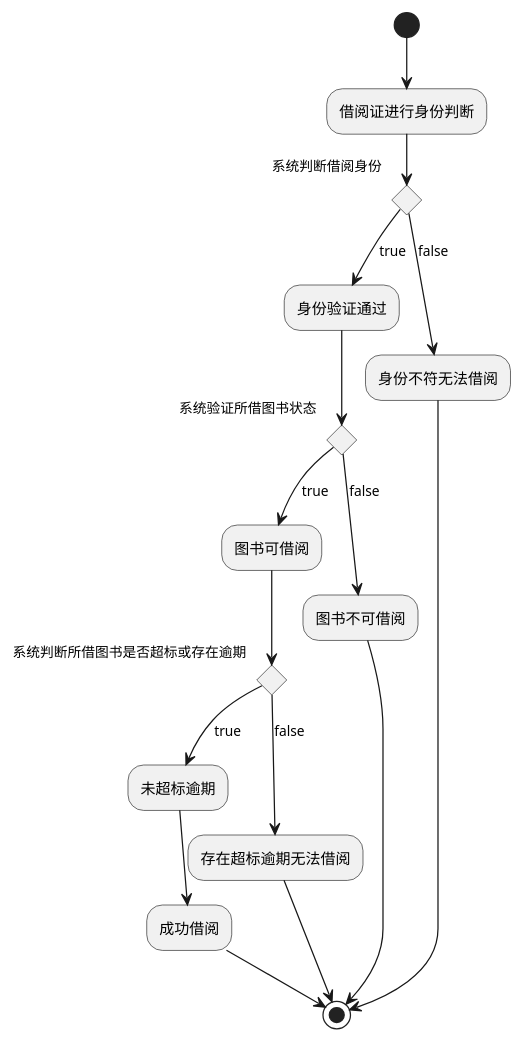
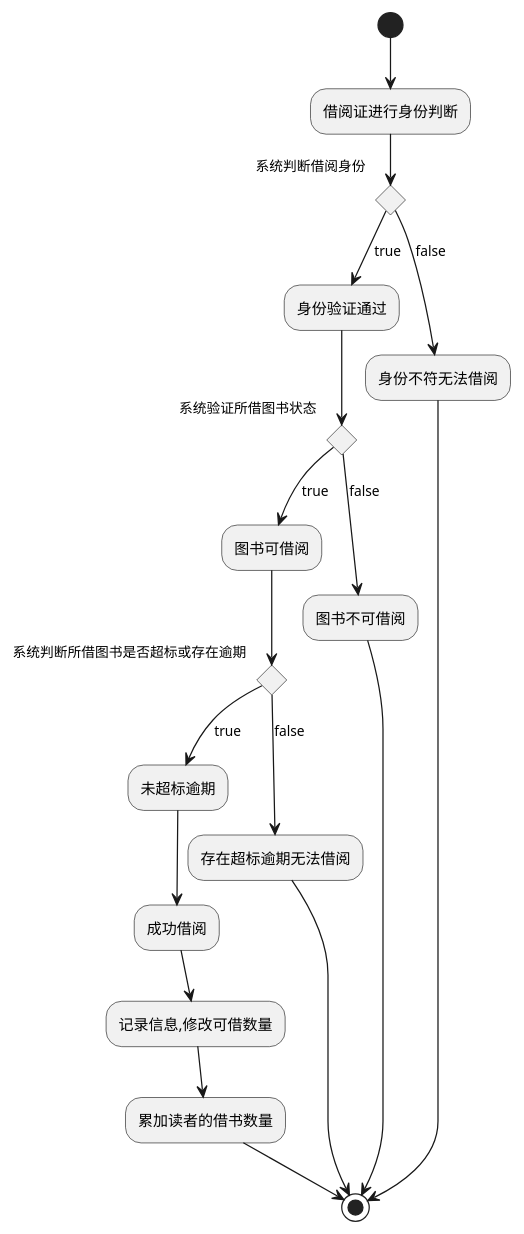
One commit to Wangzhenzhenya/is_analysis changed the diagram in test2/puml文档/borrow.puml. Above: the diagram before and after it, drawn with PlantUML. The commit also changed 5 other files, not shown here.

```diff
--- a/test2/puml文档/borrow.puml
+++ b/test2/puml文档/borrow.puml
@@ -1,29 +1,31 @@
 @startuml
 (*) -->借阅证进行身份判断
 if "系统判断借阅身份" then
 -->[true]"身份验证通过"
 
 if"系统验证所借图书状态" then
 -->[true]"图书可借阅"
 
 if"系统判断所借图书是否超标或存在逾期" then
 -->[true]"未超标逾期"
 -->"成功借阅"
+-->"记录信息,修改可借数量"
+-->"累加读者的借书数量"
 -->(*)
 
 else
 -->[false]"存在超标逾期无法借阅"
 -->(*)
 
 endif
 
 else
 -->[false]"图书不可借阅"
 --> (*)
 endif
 
 else
 -->[false]"身份不符无法借阅"
 -->(*)
 endif
 @enduml
```
